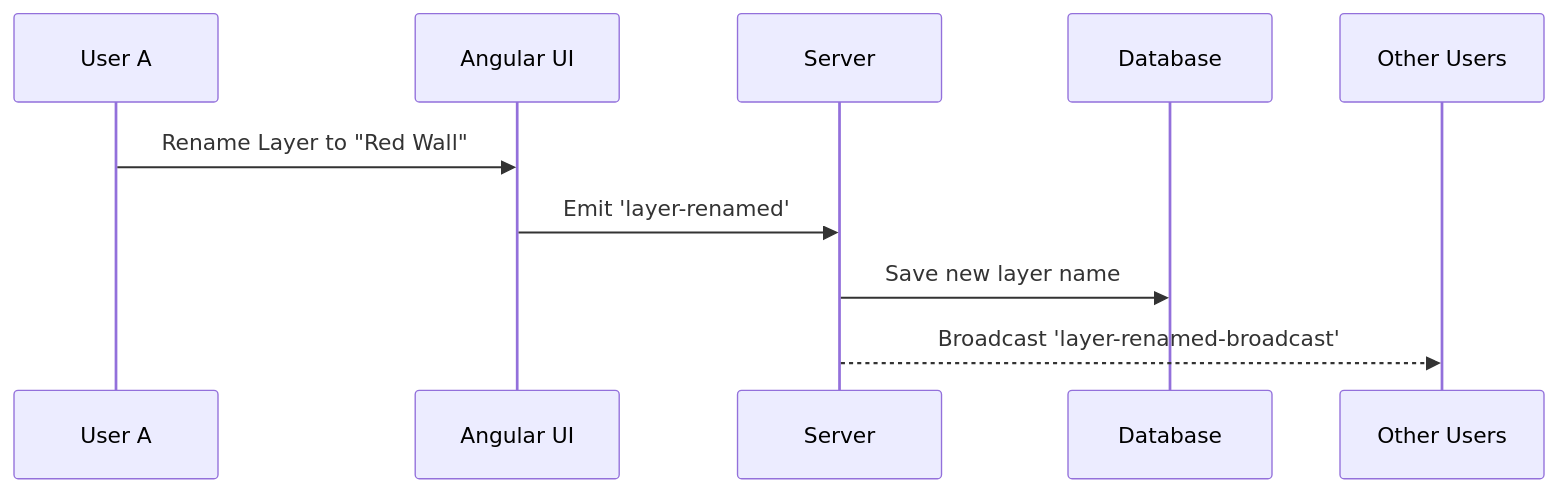
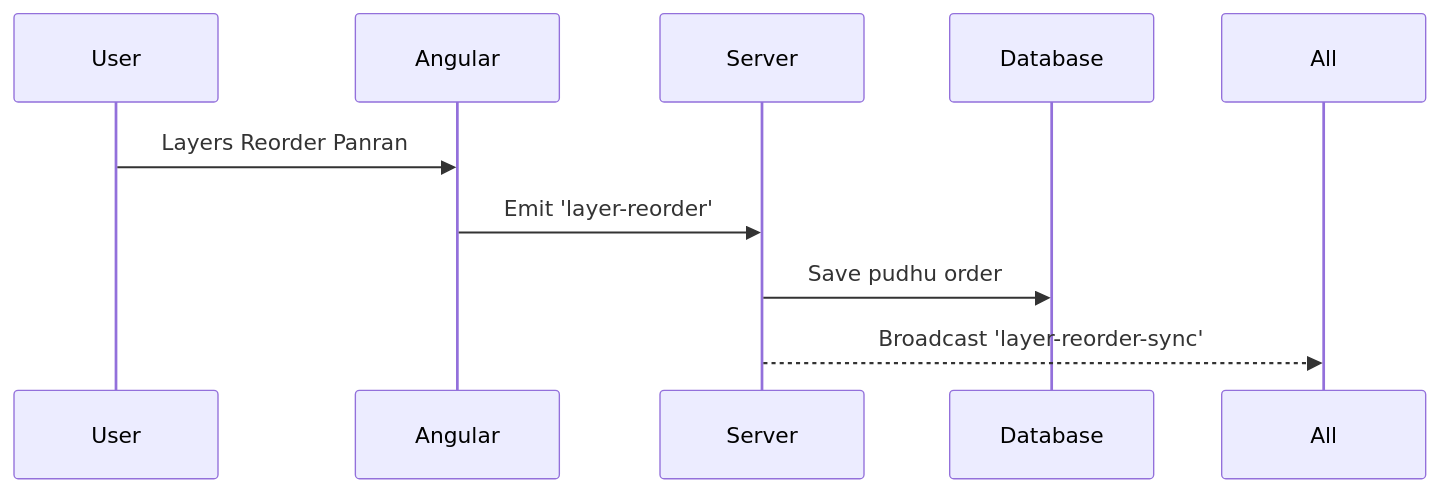
One commit to Nandhini303/tutorail_painter changed the diagram in 06-capstone-project.md. Above: the diagram before and after it, drawn with Mermaid. The commit also changed other lines of this file and 7 other files, not shown here.

Commit message:
docs: Rewrite all tutorials in Tanglish, add AI-generated mascot and UI images, and step-by-step interactive flow

````diff
--- a/06-capstone-project.md
+++ b/06-capstone-project.md
@@ -43,11 +18,11 @@
 ```mermaid
 sequenceDiagram
-    participant User A
-    participant Angular UI
+    participant User
+    participant Angular
     participant Server
     
-    User A->>Angular UI: Rename Layer to "Red Wall"
-    Angular UI->>Server: Emit 'layer-renamed'
-    Server->>Database: Save new layer name
-    Server-->>Other Users: Broadcast 'layer-renamed-broadcast'
+    User->>Angular: Layers Reorder Panran
+    Angular->>Server: Emit 'layer-reorder'
+    Server->>Database: Save pudhu order
+    Server-->>All: Broadcast 'layer-reorder-sync'
 ```
````
